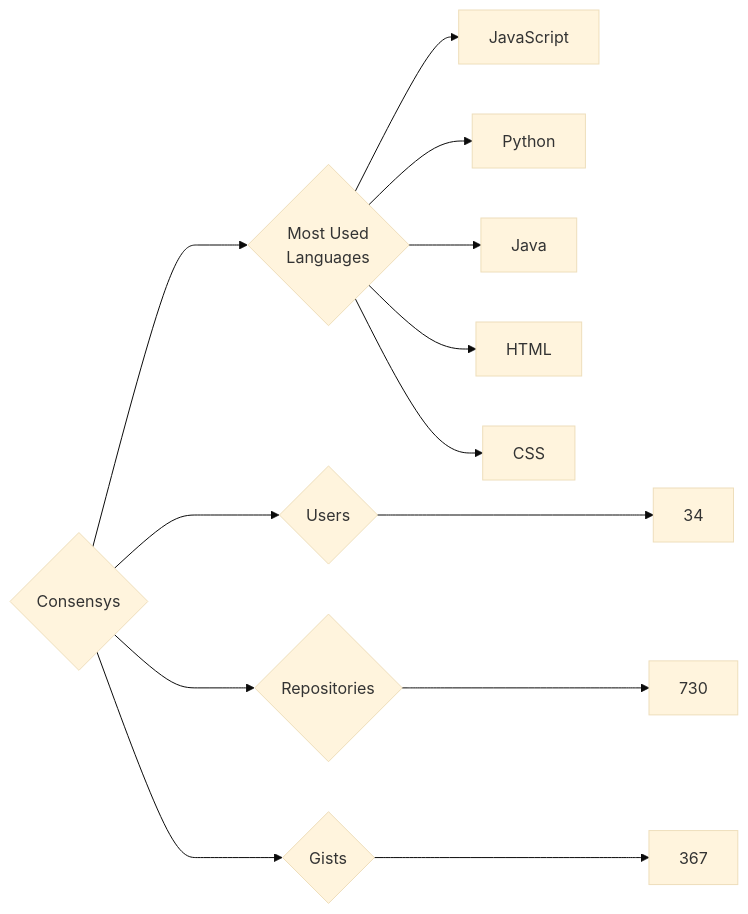
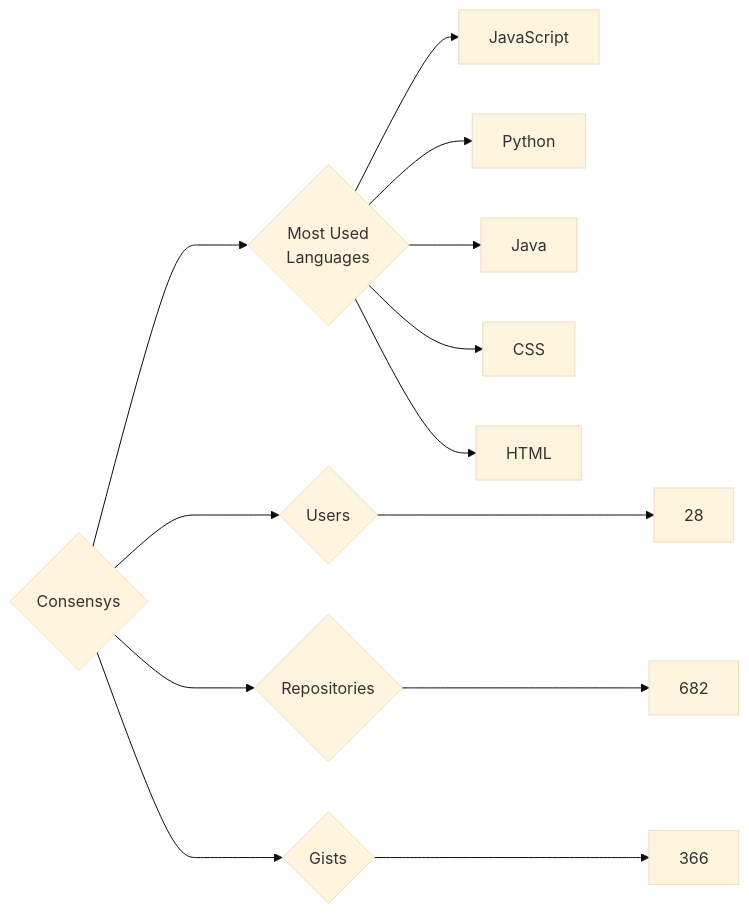
One commit to trickest/insiders changed the diagram in targets/Consensys/README.md. Above: the diagram before and after it, drawn with Mermaid (base theme). The commit also changed 679 other files, not shown here.

````diff
--- a/targets/Consensys/README.md
+++ b/targets/Consensys/README.md
@@ -3,13 +3,13 @@
 ```mermaid
 graph LR
 COMPANY_NAME{Consensys}
-COMPANY_NAME ---> U{Users} ---> UN[34]
-COMPANY_NAME ---> R{Repositories} ---> RN[730]
-COMPANY_NAME ---> G{Gists} ---> GN[367]
+COMPANY_NAME ---> U{Users} ---> UN[28]
+COMPANY_NAME ---> R{Repositories} ---> RN[682]
+COMPANY_NAME ---> G{Gists} ---> GN[366]
 COMPANY_NAME ---> ML{Most Used<br>Languages}
 ML --> JavaScript[JavaScript]
 ML --> Python[Python]
 ML --> Java[Java]
+ML --> CSS[CSS]
 ML --> HTML[HTML]
-ML --> CSS[CSS]
 ```
````
